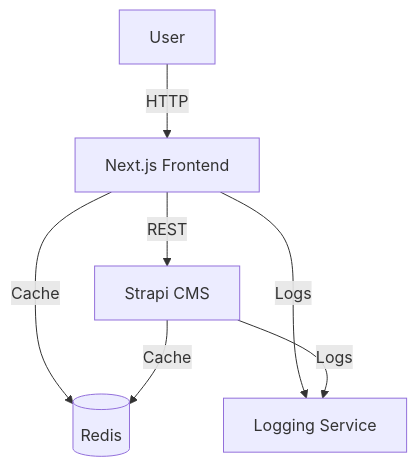
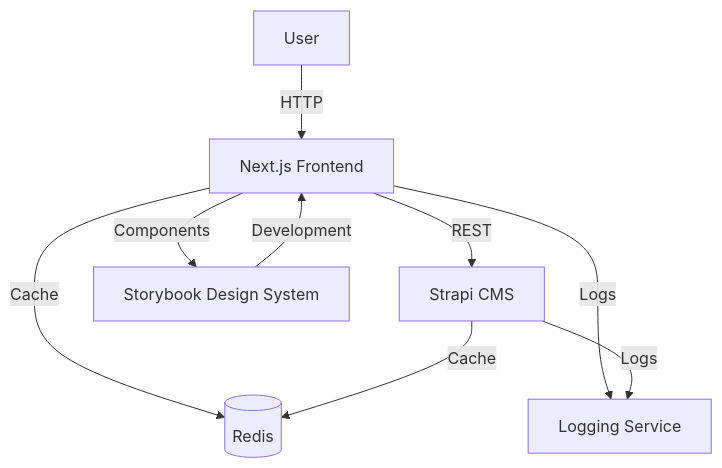
One commit to c2s-admin/frontend-zweitmeinu-ng changed the first of 4 diagrams in docs/ARCHITECTURE.md. Above: the diagram before and after it, drawn with Mermaid. The commit also changed other lines of this file and 19 other files, not shown here.

First line of the commit message:
feat: integrate Storybook 9.1.1 healthcare design system with complete documentation overhaul

````diff
--- a/docs/ARCHITECTURE.md
+++ b/docs/ARCHITECTURE.md
@@ -6,9 +6,11 @@
 ```mermaid
 graph TD
     U[User] -->|HTTP| F[Next.js Frontend]
     F -->|REST| S[Strapi CMS]
     F -->|Cache| R[(Redis)]
     F -->|Logs| L[Logging Service]
+    F -->|Components| SB[Storybook Design System]
     S -->|Cache| R
     S -->|Logs| L
+    SB -->|Development| F
 ```
````
